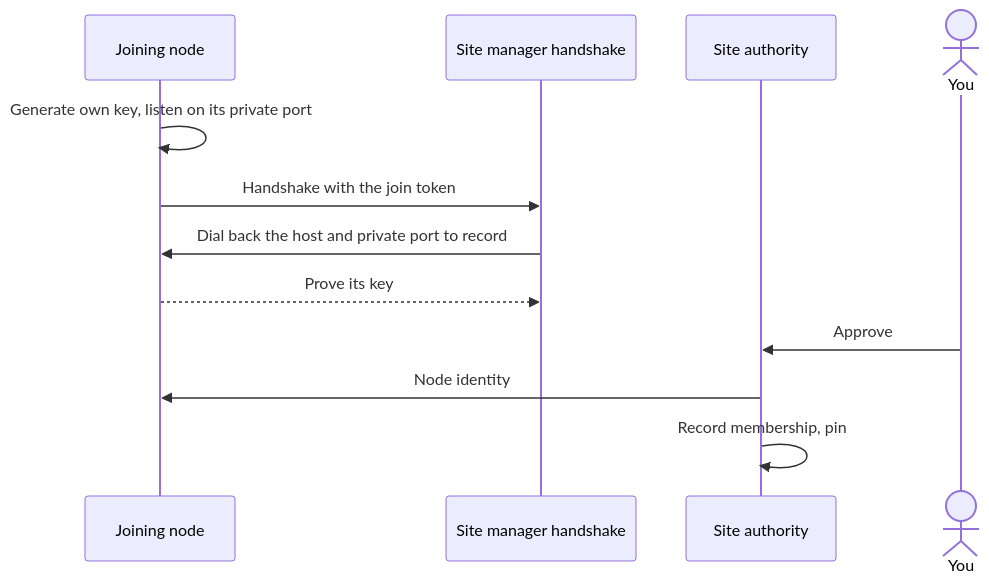
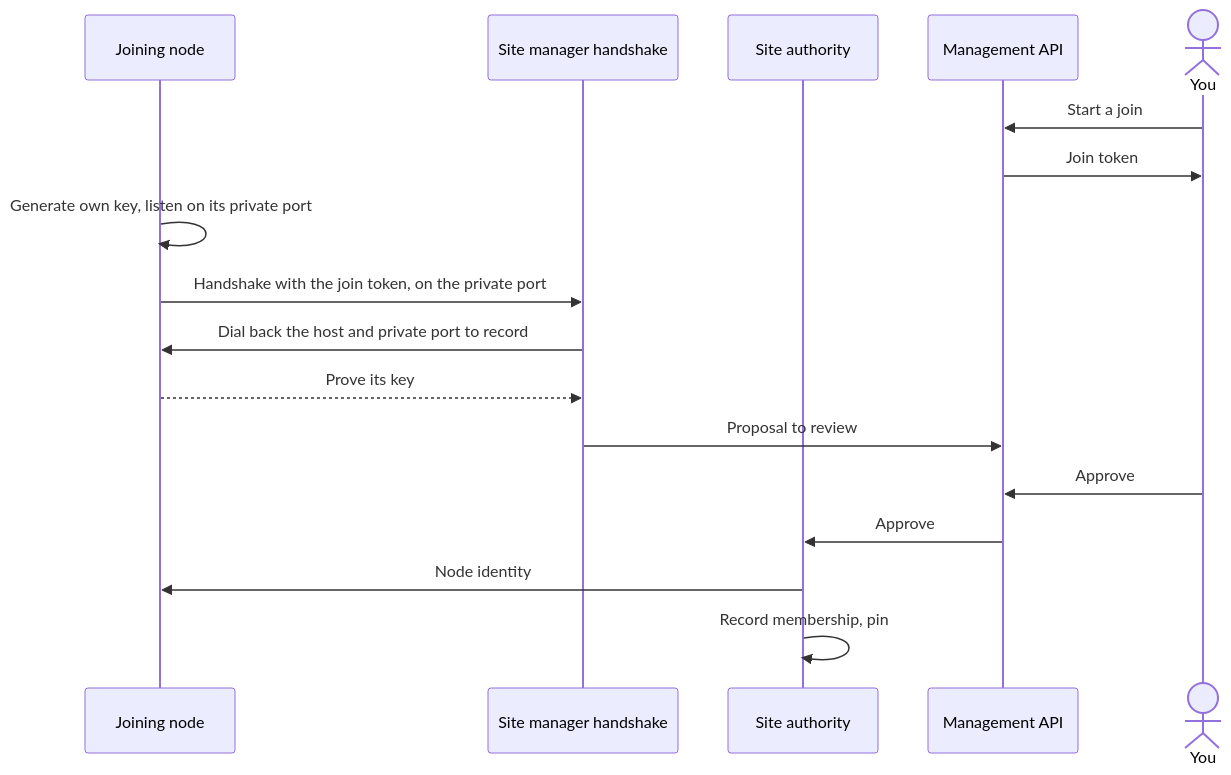
Before and after one commit to dotcoreai/dotcore: the second of 3 diagrams in docs/specs/access.md, drawn with Mermaid. The commit also changed other lines of this file and 5 other files, not shown here.

````diff
--- a/docs/specs/access.md
+++ b/docs/specs/access.md
@@ -40,14 +40,19 @@
 ```mermaid
 sequenceDiagram
   participant N as Joining node
   participant SM as Site manager handshake
   participant SA as Site authority
+  participant API as Management API
   actor OP as You
+  OP->>API: Start a join
+  API->>OP: Join token
   N->>N: Generate own key, listen on its private port
-  N->>SM: Handshake with the join token
+  N->>SM: Handshake with the join token, on the private port
   SM->>N: Dial back the host and private port to record
   N-->>SM: Prove its key
-  OP->>SA: Approve
+  SM->>API: Proposal to review
+  OP->>API: Approve
+  API->>SA: Approve
   SA->>N: Node identity
   SA->>SA: Record membership, pin
 ```
````
